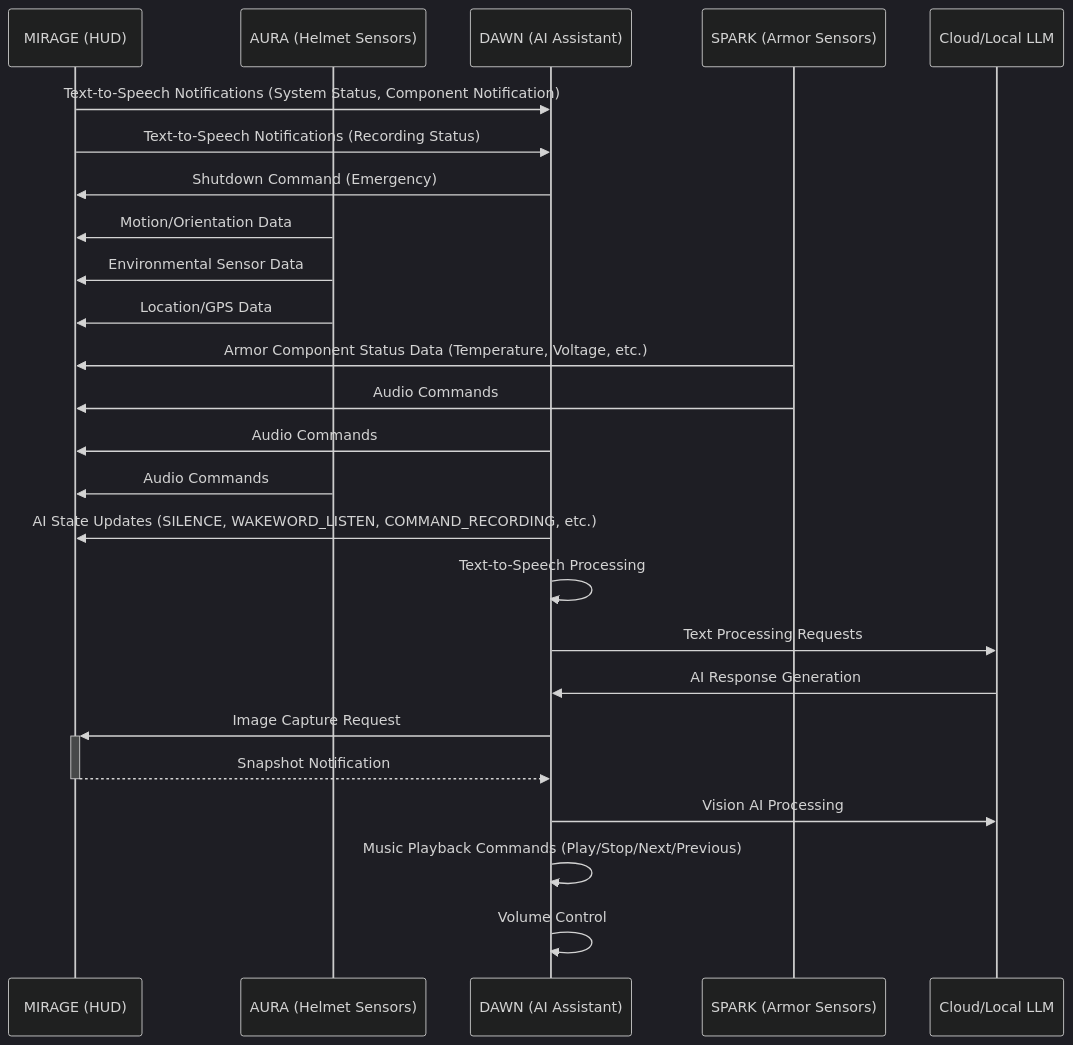
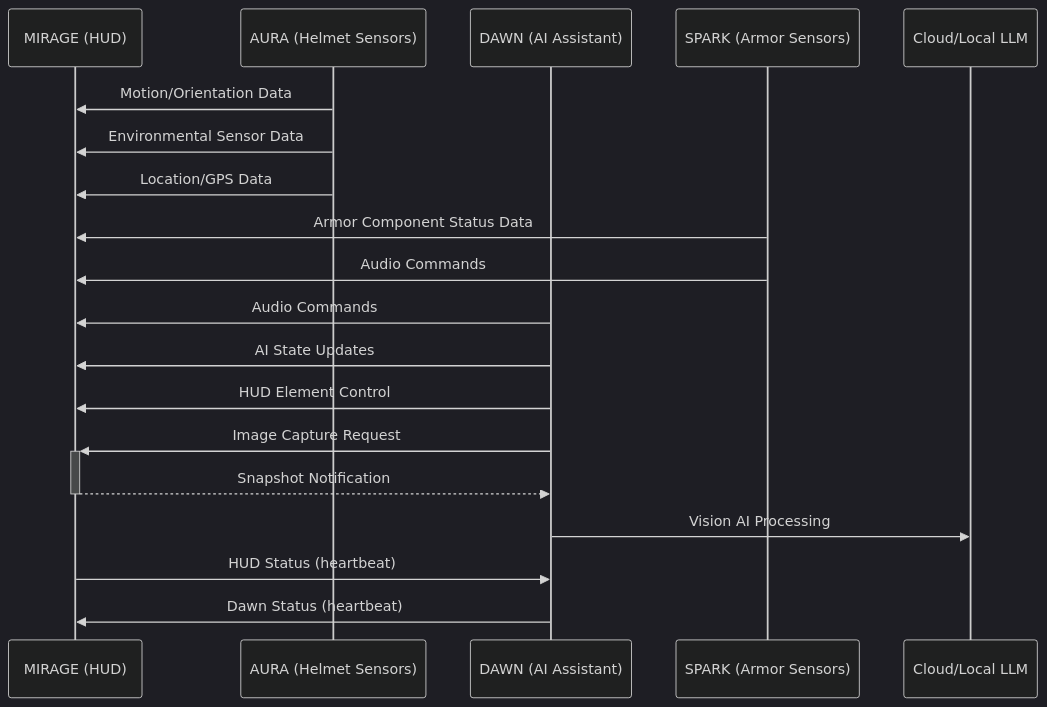
The diagram in README.md (malcolmhoward/mirage), drawn with Mermaid (dark theme) before and after one commit. The commit also changed other lines of this file and 1 other file, not shown here.

````diff
--- a/README.md
+++ b/README.md
@@ -43,43 +166,33 @@
 ```mermaid
 sequenceDiagram
     participant MIRAGE as MIRAGE (HUD)
     participant AURA as AURA (Helmet Sensors)
     participant DAWN as DAWN (AI Assistant)
     participant SPARK as SPARK (Armor Sensors)
     participant LLM as Cloud/Local LLM
-    
-    %% System Startup and Shutdown
-    MIRAGE->>DAWN: Text-to-Speech Notifications (System Status, Component Notification)
-    MIRAGE->>DAWN: Text-to-Speech Notifications (Recording Status)
-    DAWN->>MIRAGE: Shutdown Command (Emergency)
-    
+
     %% Sensor Data Flows
     AURA->>MIRAGE: Motion/Orientation Data
     AURA->>MIRAGE: Environmental Sensor Data
     AURA->>MIRAGE: Location/GPS Data
-    
+
     %% Armor Component Communications
-    SPARK->>MIRAGE: Armor Component Status Data (Temperature, Voltage, etc.)
+    SPARK->>MIRAGE: Armor Component Status Data
 
     %% Audio System
     SPARK->>MIRAGE: Audio Commands
     DAWN->>MIRAGE: Audio Commands
-    AURA->>MIRAGE: Audio Commands
-    
+
     %% AI Interactions
-    DAWN->>MIRAGE: AI State Updates (SILENCE, WAKEWORD_LISTEN, COMMAND_RECORDING, etc.)
-    DAWN->>DAWN: Text-to-Speech Processing
-    
-    %% LLM Integration
-    DAWN->>LLM: Text Processing Requests
-    LLM->>DAWN: AI Response Generation
-    
-    %% Image Capture Flow (with proper request/response)
+    DAWN->>MIRAGE: AI State Updates
+    DAWN->>MIRAGE: HUD Element Control
+
+    %% Image Capture Flow
     DAWN->>+MIRAGE: Image Capture Request
     MIRAGE-->>-DAWN: Snapshot Notification
     DAWN->>LLM: Vision AI Processing
 
-    %% Music Playback
-    DAWN->>DAWN: Music Playback Commands (Play/Stop/Next/Previous)
-    DAWN->>DAWN: Volume Control
+    %% Component Status
+    MIRAGE->>DAWN: HUD Status (heartbeat)
+    DAWN->>MIRAGE: Dawn Status (heartbeat)
 ```
````
